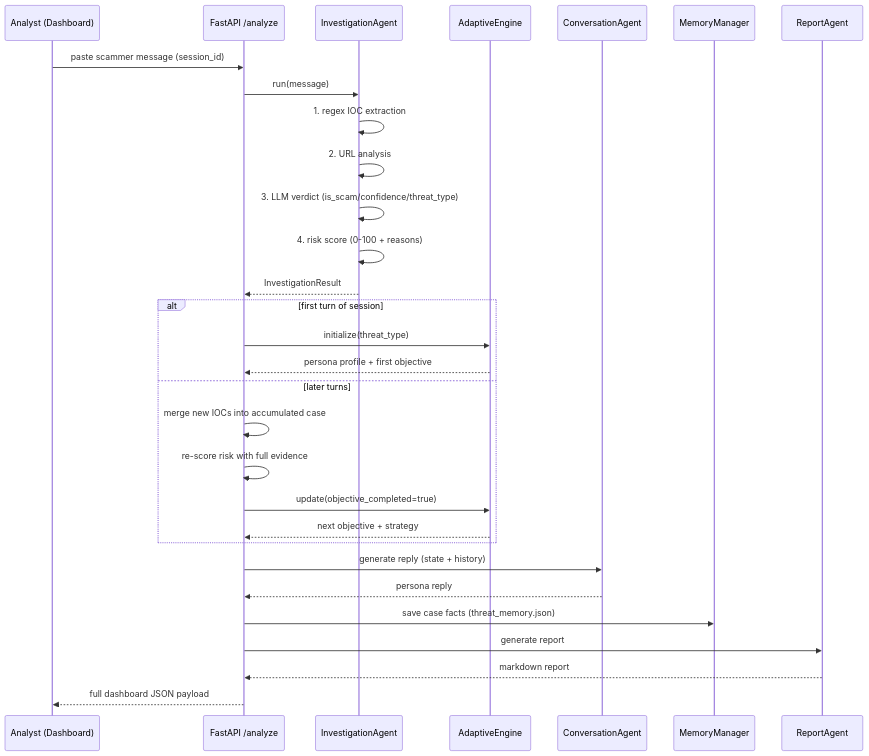
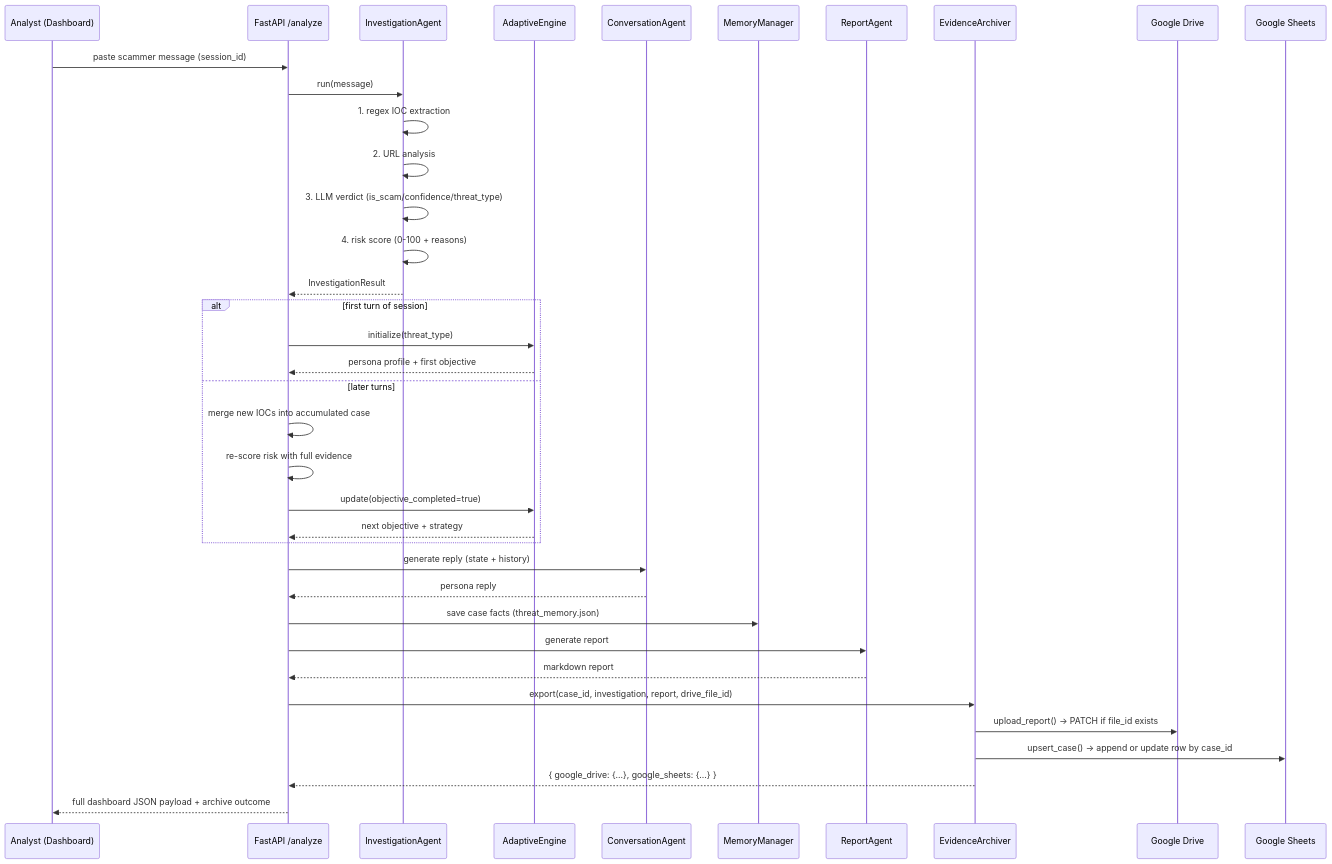
The second of 2 diagrams in README.md (ridhimagarg23/trace-ai-project-hackathon), drawn with Mermaid before and after one commit. The commit also changed other lines of this file, not shown here.

First line of the commit message:
docs: fix README - add demo video link and detailed Drive/Telegram/Sheets deep dive

````diff
--- a/README.md
+++ b/README.md
@@ -171,35 +188,42 @@
 ```mermaid
 sequenceDiagram
     participant A as Analyst (Dashboard)
     participant B as FastAPI /analyze
     participant I as InvestigationAgent
     participant E as AdaptiveEngine
     participant C as ConversationAgent
     participant M as MemoryManager
     participant R as ReportAgent
+    participant EA as EvidenceArchiver
+    participant D as Google Drive
+    participant S as Google Sheets
 
     A->>B: paste scammer message (session_id)
     B->>I: run(message)
     I->>I: 1. regex IOC extraction
     I->>I: 2. URL analysis
     I->>I: 3. LLM verdict (is_scam/confidence/threat_type)
     I->>I: 4. risk score (0-100 + reasons)
     I-->>B: InvestigationResult
 
     alt first turn of session
         B->>E: initialize(threat_type)
         E-->>B: persona profile + first objective
     else later turns
         B->>B: merge new IOCs into accumulated case
         B->>B: re-score risk with full evidence
         B->>E: update(objective_completed=true)
         E-->>B: next objective + strategy
     end
 
     B->>C: generate reply (state + history)
     C-->>B: persona reply
     B->>M: save case facts (threat_memory.json)
     B->>R: generate report
     R-->>B: markdown report
-    B-->>A: full dashboard JSON payload
+    B->>EA: export(case_id, investigation, report, drive_file_id)
+    EA->>D: upload_report() → PATCH if file_id exists
+    EA->>S: upsert_case() → append or update row by case_id
+    EA-->>B: { google_drive: {...}, google_sheets: {...} }
+    B-->>A: full dashboard JSON payload + archive outcome
 ```
````
